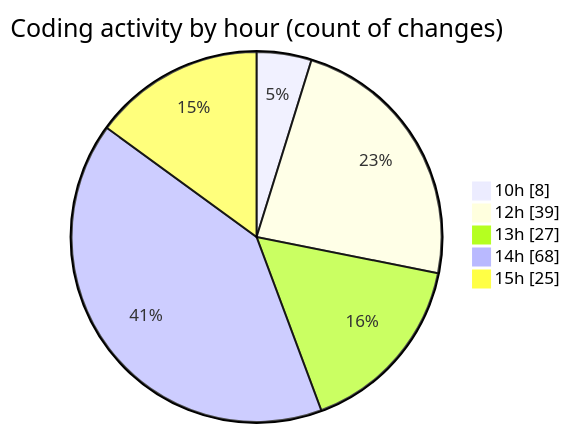
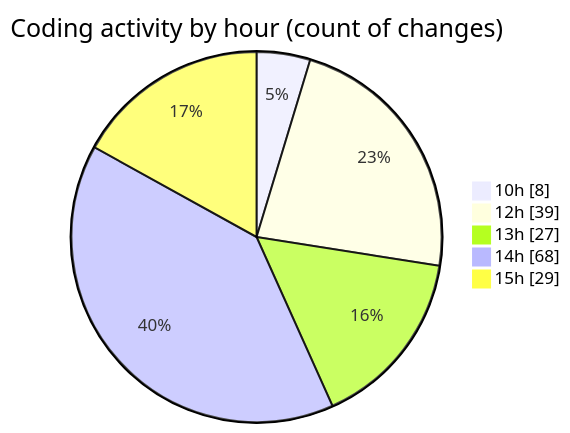
Before and after one commit to momahboobian/code-tracking: the second of 2 diagrams in 2025-05-02/cda/README.md, drawn with Mermaid. The commit also changed other lines of this file and 1 other file, not shown here.

````diff
--- a/2025-05-02/cda/README.md
+++ b/2025-05-02/cda/README.md
@@ -47,9 +48,9 @@
 ```mermaid
 pie showData
 title Coding activity by hour (count of changes)
 "10h" : 8
 "12h" : 39
 "13h" : 27
 "14h" : 68
-"15h" : 25
+"15h" : 29
 ```
````
